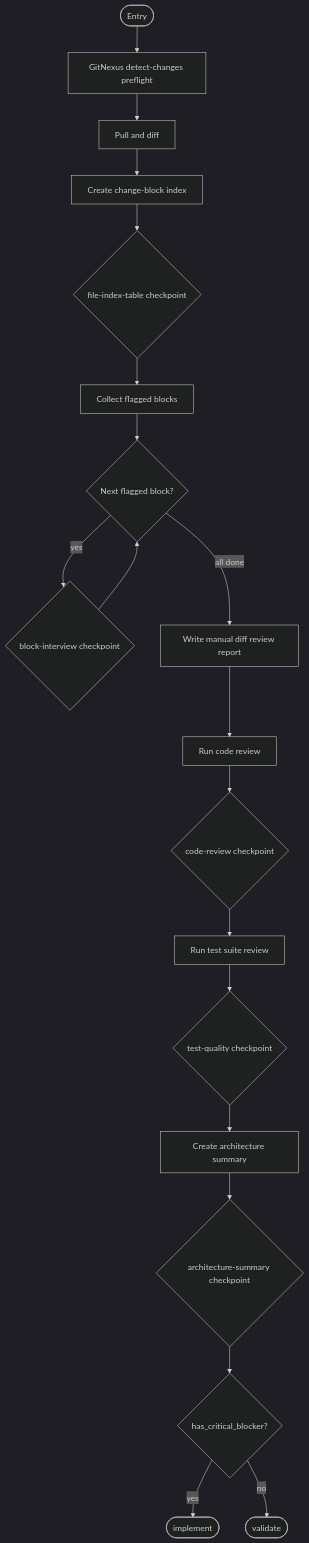
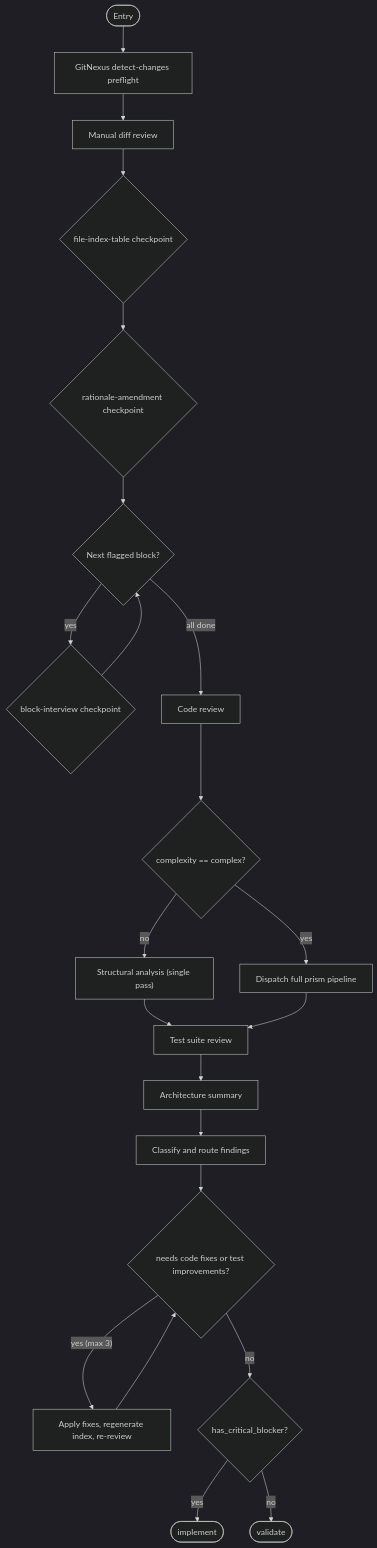
One commit to m2ux/workflow-server changed the ninth of 14 diagrams in work-package/activities/README.md. Above: the diagram before and after it, drawn with Mermaid (dark theme). The commit also changed other lines of this file and 48 other files, not shown here.

````diff
--- a/work-package/activities/README.md
+++ b/work-package/activities/README.md
@@ -655,23 +623,26 @@
 ```mermaid
 graph TD
     entryNode(["Entry"]) --> preflight["GitNexus detect-changes preflight"]
-    preflight --> pullDiff["Pull and diff"]
-    pullDiff --> createIndex["Create change-block index"]
-    createIndex --> cpFileIndex{"file-index-table checkpoint"}
-    cpFileIndex --> collectFlagged["Collect flagged blocks"]
-    collectFlagged --> interviewLoop{"Next flagged block?"}
+    preflight --> manualDiff["Manual diff review"]
+    manualDiff --> cpFileIndex{"file-index-table checkpoint"}
+    cpFileIndex --> cpRationale{"rationale-amendment checkpoint"}
+    cpRationale --> interviewLoop{"Next flagged block?"}
     interviewLoop -->|"yes"| cpInterview{"block-interview checkpoint"}
     cpInterview --> interviewLoop
-    interviewLoop -->|"all done"| writeReport["Write manual diff review report"]
+    interviewLoop -->|"all done"| codeReview["Code review"]
 
-    writeReport --> codeReview["Run code review"]
-    codeReview --> cpCodeReview{"code-review checkpoint"}
-    cpCodeReview --> testReview["Run test suite review"]
-    testReview --> cpTestQuality{"test-quality checkpoint"}
-    cpTestQuality --> archSummary["Create architecture summary"]
-    archSummary --> cpArch{"architecture-summary checkpoint"}
+    codeReview --> structural{"complexity == complex?"}
+    structural -->|"no"| structuralInline["Structural analysis (single pass)"]
+    structural -->|"yes"| dispatchPrism["Dispatch full prism pipeline"]
+    structuralInline --> testReview["Test suite review"]
+    dispatchPrism --> testReview
+    testReview --> archSummary["Architecture summary"]
+    archSummary --> classify["Classify and route findings"]
 
-    cpArch --> blockerGate{"has_critical_blocker?"}
+    classify --> fixCycle{"needs code fixes or test improvements?"}
+    fixCycle -->|"yes (max 3)"| applyFixes["Apply fixes, regenerate index, re-review"]
+    applyFixes --> fixCycle
+    fixCycle -->|"no"| blockerGate{"has_critical_blocker?"}
     blockerGate -->|"yes"| exitImplement(["implement"])
     blockerGate -->|"no"| exitValidate(["validate"])
 ```
````
